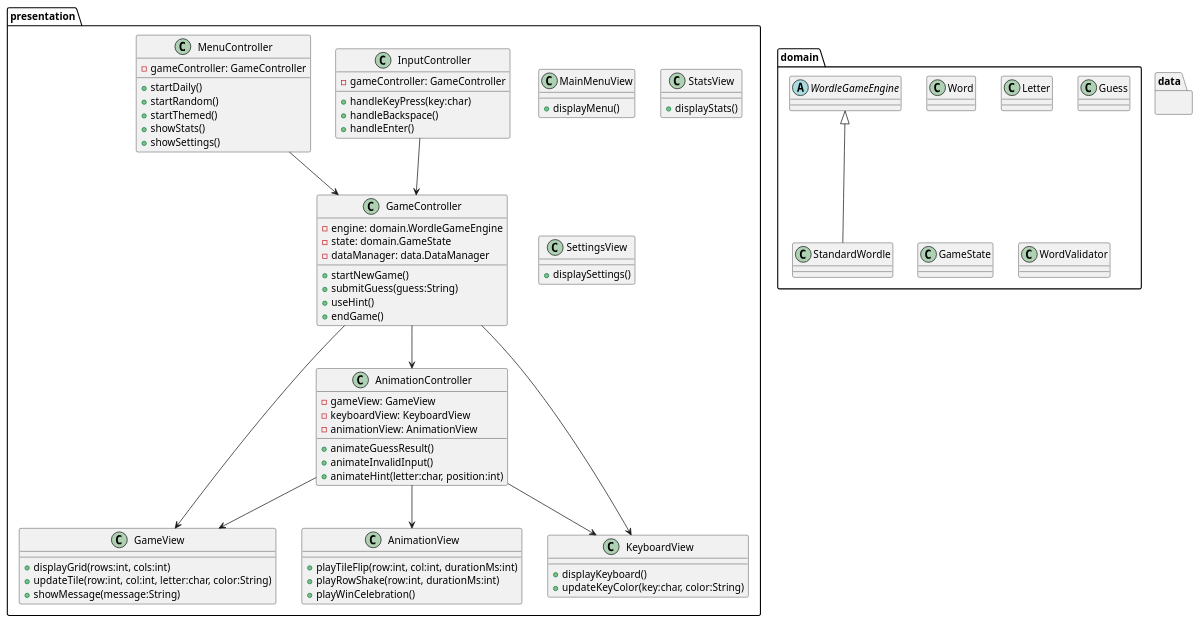
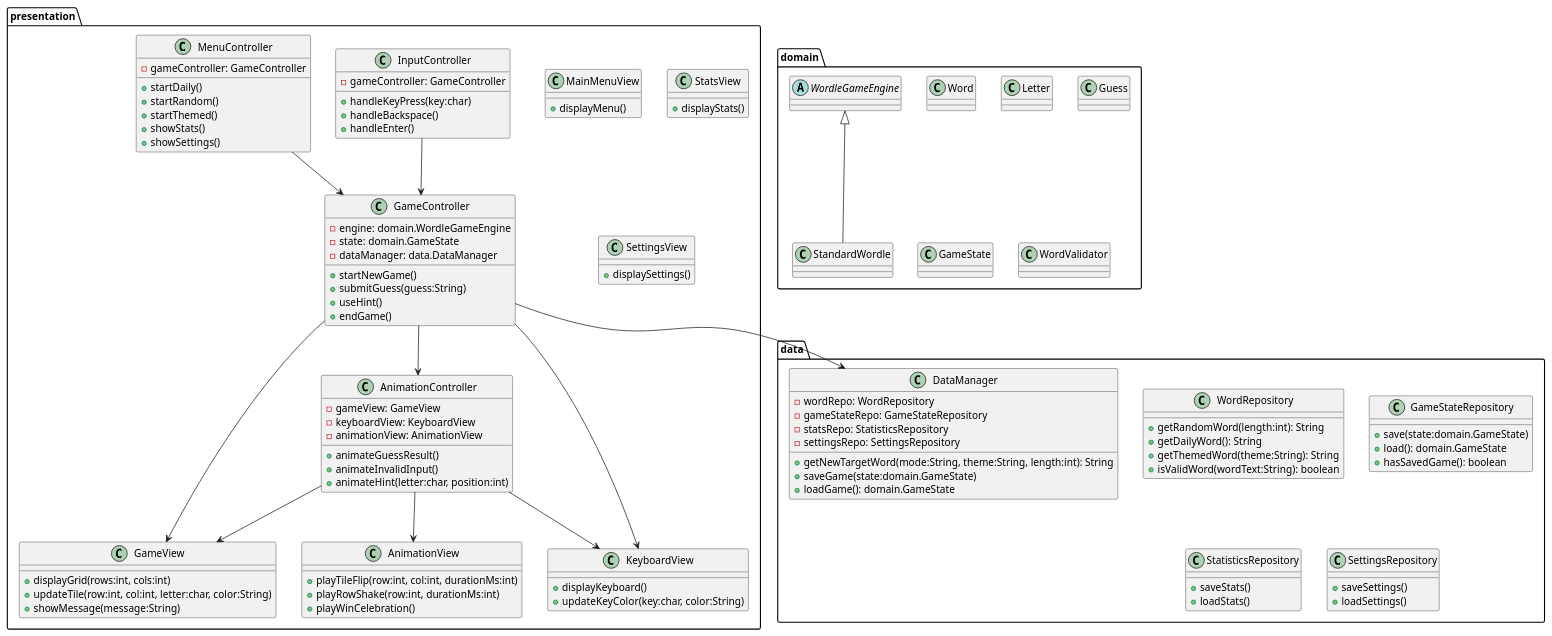
The diagram in docs/design/design.puml (nu-cs-sw-design/project-20252601-cubes), drawn with PlantUML before and after one commit. The commit also changed 1 other file, not shown here.

```diff
--- a/docs/design/design.puml
+++ b/docs/design/design.puml
@@ -1,90 +1,124 @@
 @startuml
 
 package presentation {
      class GameView {
         + displayGrid(rows:int, cols:int)
         + updateTile(row:int, col:int, letter:char, color:String)
         + showMessage(message:String)
      }
      class KeyboardView {
         + displayKeyboard()
         + updateKeyColor(key:char, color:String)
      }
      class AnimationView {
         + playTileFlip(row:int, col:int, durationMs:int)
         + playRowShake(row:int, durationMs:int)
         + playWinCelebration()
      }
      class MainMenuView {
         + displayMenu()
      }
      class StatsView {
         + displayStats()
      }
      class SettingsView {
         + displaySettings()
      }
 
      class GameController {
         - engine: domain.WordleGameEngine
         - state: domain.GameState
         - dataManager: data.DataManager
         + startNewGame()
         + submitGuess(guess:String)
         + useHint()
         + endGame()
      }
      class InputController {
         - gameController: GameController
         + handleKeyPress(key:char)
         + handleBackspace()
         + handleEnter()
      }
      class MenuController {
         - gameController: GameController
         + startDaily()
         + startRandom()
         + startThemed()
         + showStats()
         + showSettings()
      }
      class AnimationController {
         - gameView: GameView
         - keyboardView: KeyboardView
         - animationView: AnimationView
         + animateGuessResult()
         + animateInvalidInput()
         + animateHint(letter:char, position:int)
      }
  }
  GameController --> GameView
  GameController --> KeyboardView
  GameController --> AnimationController
 
  InputController --> GameController
  MenuController --> GameController
 
  AnimationController --> AnimationView
  AnimationController --> GameView
  AnimationController --> KeyboardView
 package domain {
     class Word {
     }
     class Letter {
     }
     class Guess {
     }
     abstract class WordleGameEngine {
     }
     class StandardWordle extends WordleGameEngine {
     }
     class GameState {
     }
     class WordValidator {
     }
 
 }
 package data {
+    class WordRepository {
+        + getRandomWord(length:int): String
+        + getDailyWord(): String
+        + getThemedWord(theme:String): String
+        + isValidWord(wordText:String): boolean
+    }
+
+    class GameStateRepository {
+        + save(state:domain.GameState)
+        + load(): domain.GameState
+        + hasSavedGame(): boolean
+    }
+
+    class StatisticsRepository {
+        + saveStats()
+        + loadStats()
+    }
+
+    class SettingsRepository {
+            + saveSettings()
+            + loadSettings()
+    }
+
+     class DataManager {
+        - wordRepo: WordRepository
+        - gameStateRepo: GameStateRepository
+        - statsRepo: StatisticsRepository
+        - settingsRepo: SettingsRepository
+
+        + getNewTargetWord(mode:String, theme:String, length:int): String
+        + saveGame(state:domain.GameState)
+        + loadGame(): domain.GameState
+        }
 }
+GameController --> data.DataManager
 
 @enduml
```
